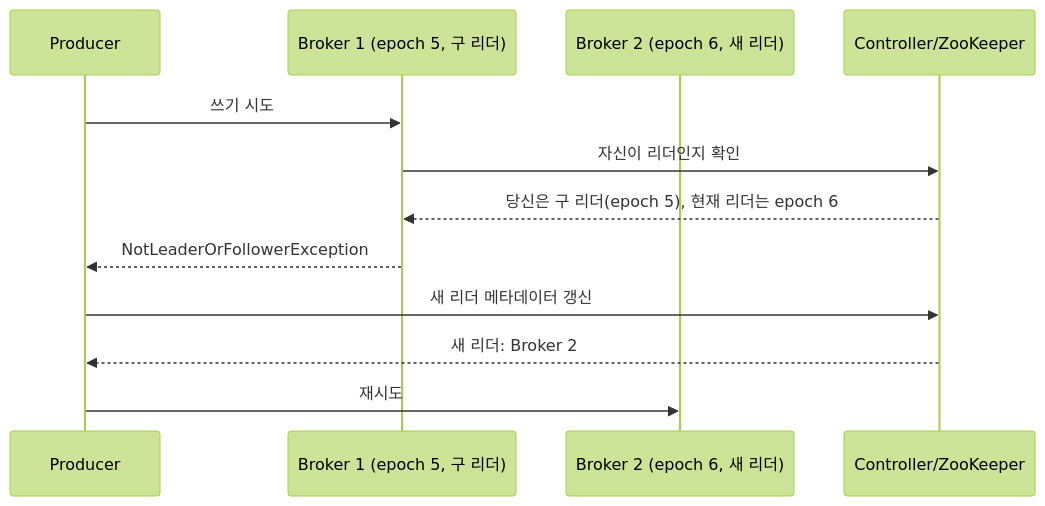
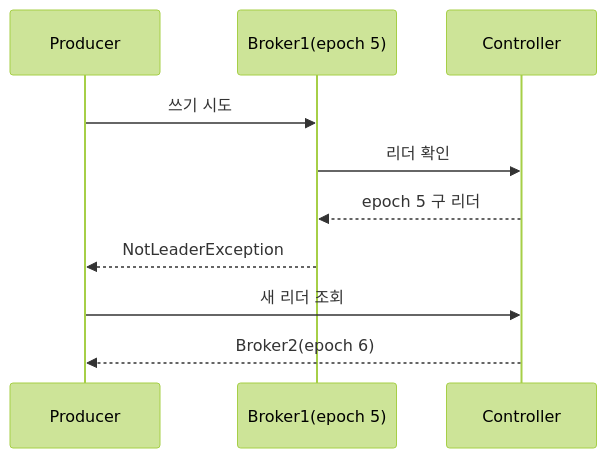
Diagram 18 of 21 in _posts/kafka/2026-05-01-kafka-extreme-scenarios.md (yjkim2015/yjkim2015.github.io), drawn with Mermaid (forest theme) before and after one commit. The commit also changed other lines of this file and 155 other files, not shown here.

First line of the commit message:
Mermaid 전면 수정: subgraph 제거, participant/노드/줄수 축소 (342블록)

````diff
--- a/_posts/kafka/2026-05-01-kafka-extreme-scenarios.md
+++ b/_posts/kafka/2026-05-01-kafka-extreme-scenarios.md
@@ -555,14 +538,12 @@
 ```mermaid
 sequenceDiagram
     participant P as Producer
-    participant B1 as Broker 1 (epoch 5, 구 리더)
-    participant B2 as Broker 2 (epoch 6, 새 리더)
-    participant CTL as Controller/ZooKeeper
+    participant B1 as Broker1(epoch 5)
+    participant CTL as Controller
     P->>B1: 쓰기 시도
-    B1->>CTL: 자신이 리더인지 확인
-    CTL-->>B1: 당신은 구 리더(epoch 5), 현재 리더는 epoch 6
-    B1-->>P: NotLeaderOrFollowerException
-    P->>CTL: 새 리더 메타데이터 갱신
-    CTL-->>P: 새 리더: Broker 2
-    P->>B2: 재시도
+    B1->>CTL: 리더 확인
+    CTL-->>B1: epoch 5 구 리더
+    B1-->>P: NotLeaderException
+    P->>CTL: 새 리더 조회
+    CTL-->>P: Broker2(epoch 6)
 ```
````
